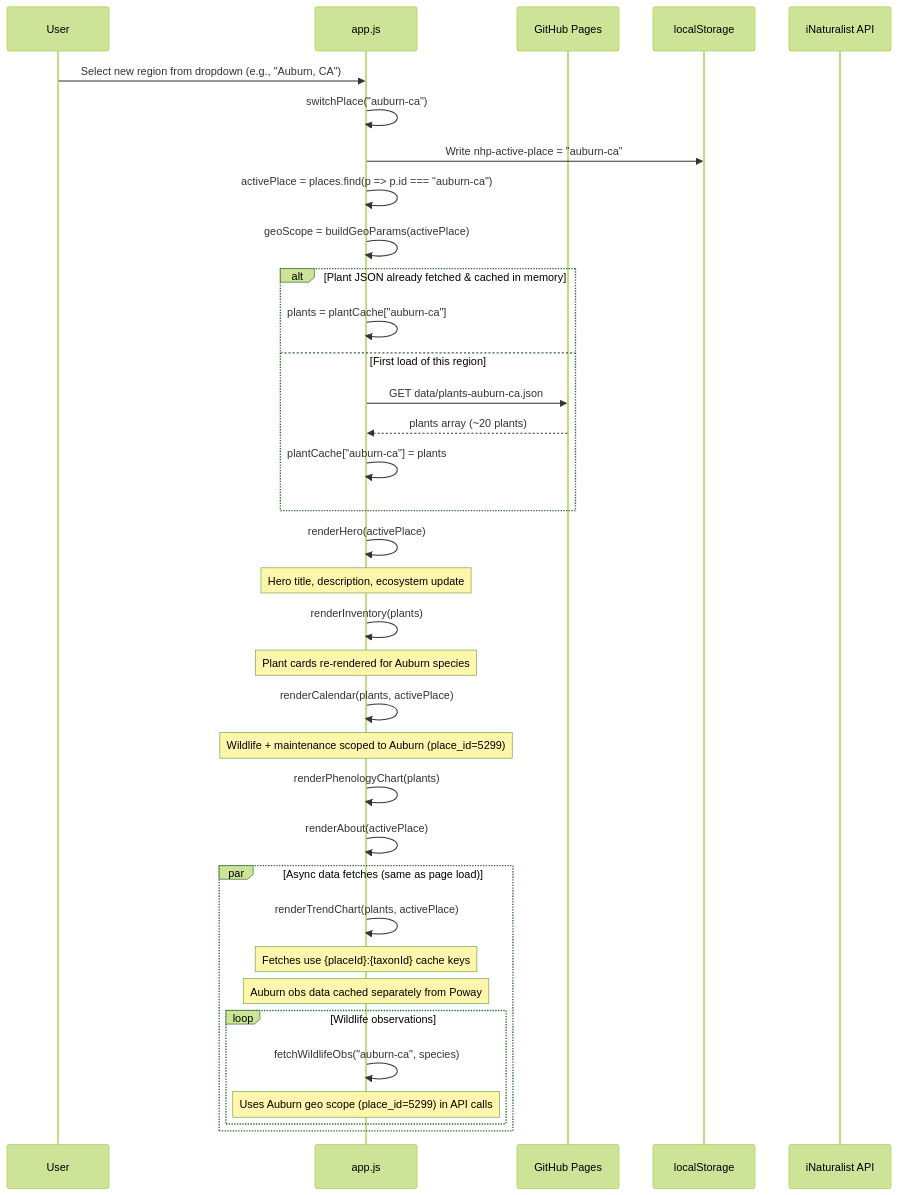
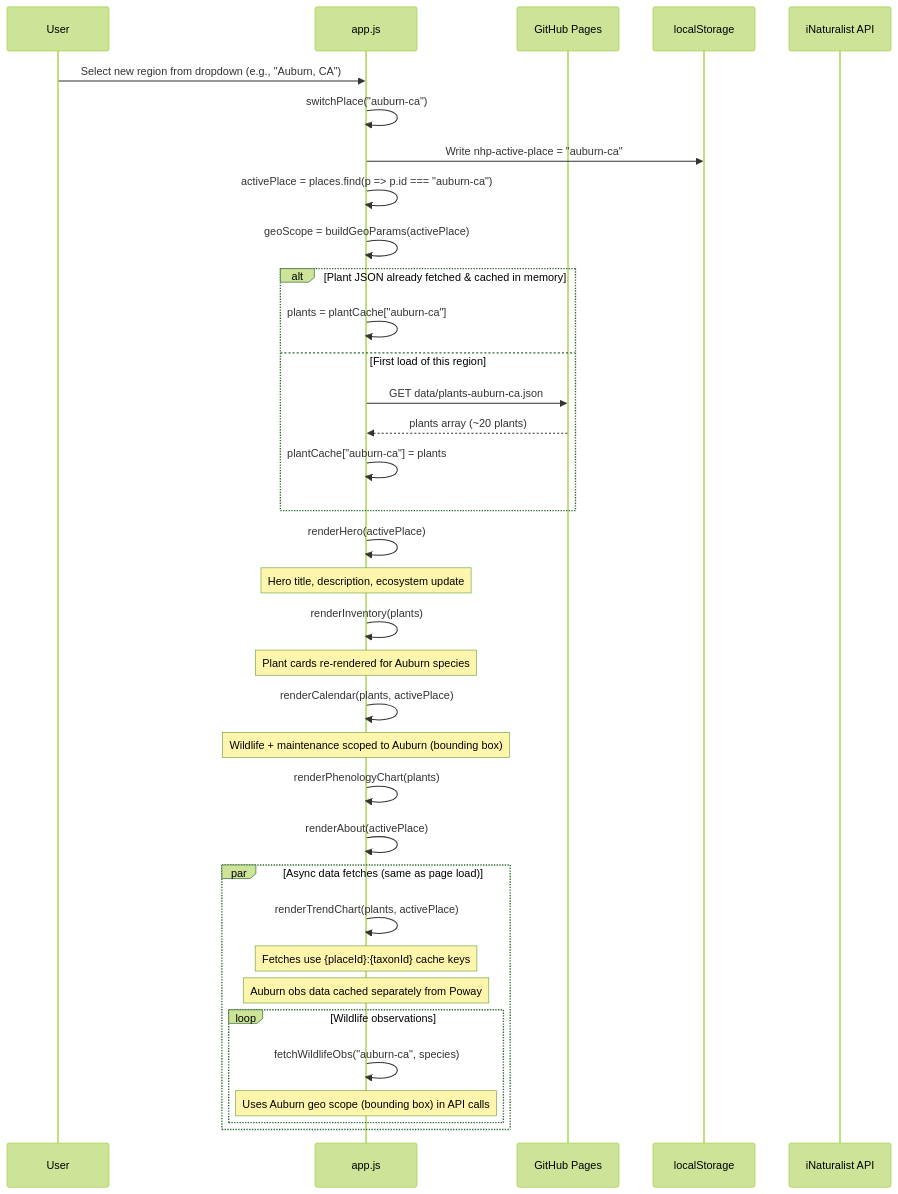
One commit to chetanddesai/native-habitat-planner changed the fourth of 8 diagrams in docs/tech-design.md. Above: the diagram before and after it, drawn with Mermaid (forest theme). The commit also changed other lines of this file and 8 other files, not shown here.

First line of the commit message:
Switch Auburn to bounding box, replace 3 plants, improve image loading

````diff
--- a/docs/tech-design.md
+++ b/docs/tech-design.md
@@ -317,46 +317,46 @@
 ```mermaid
 sequenceDiagram
     participant U as User
     participant JS as app.js
     participant S as GitHub Pages
     participant LS as localStorage
     participant iNat as iNaturalist API
 
     U->>JS: Select new region from dropdown (e.g., "Auburn, CA")
     JS->>JS: switchPlace("auburn-ca")
 
     JS->>LS: Write nhp-active-place = "auburn-ca"
     JS->>JS: activePlace = places.find(p => p.id === "auburn-ca")
     JS->>JS: geoScope = buildGeoParams(activePlace)
 
     alt Plant JSON already fetched & cached in memory
         JS->>JS: plants = plantCache["auburn-ca"]
     else First load of this region
         JS->>S: GET data/plants-auburn-ca.json
         S-->>JS: plants array (~20 plants)
         JS->>JS: plantCache["auburn-ca"] = plants
     end
 
     JS->>JS: renderHero(activePlace)
     Note over JS: Hero title, description, ecosystem update
 
     JS->>JS: renderInventory(plants)
     Note over JS: Plant cards re-rendered for Auburn species
 
     JS->>JS: renderCalendar(plants, activePlace)
-    Note over JS: Wildlife + maintenance scoped to Auburn (place_id=5299)
+    Note over JS: Wildlife + maintenance scoped to Auburn (bounding box)
 
     JS->>JS: renderPhenologyChart(plants)
     JS->>JS: renderAbout(activePlace)
 
     par Async data fetches (same as page load)
         JS->>JS: renderTrendChart(plants, activePlace)
         Note over JS: Fetches use {placeId}:{taxonId} cache keys
         Note over JS: Auburn obs data cached separately from Poway
 
         loop Wildlife observations
             JS->>JS: fetchWildlifeObs("auburn-ca", species)
-            Note over JS: Uses Auburn geo scope (place_id=5299) in API calls
+            Note over JS: Uses Auburn geo scope (bounding box) in API calls
         end
     end
 ```
````
